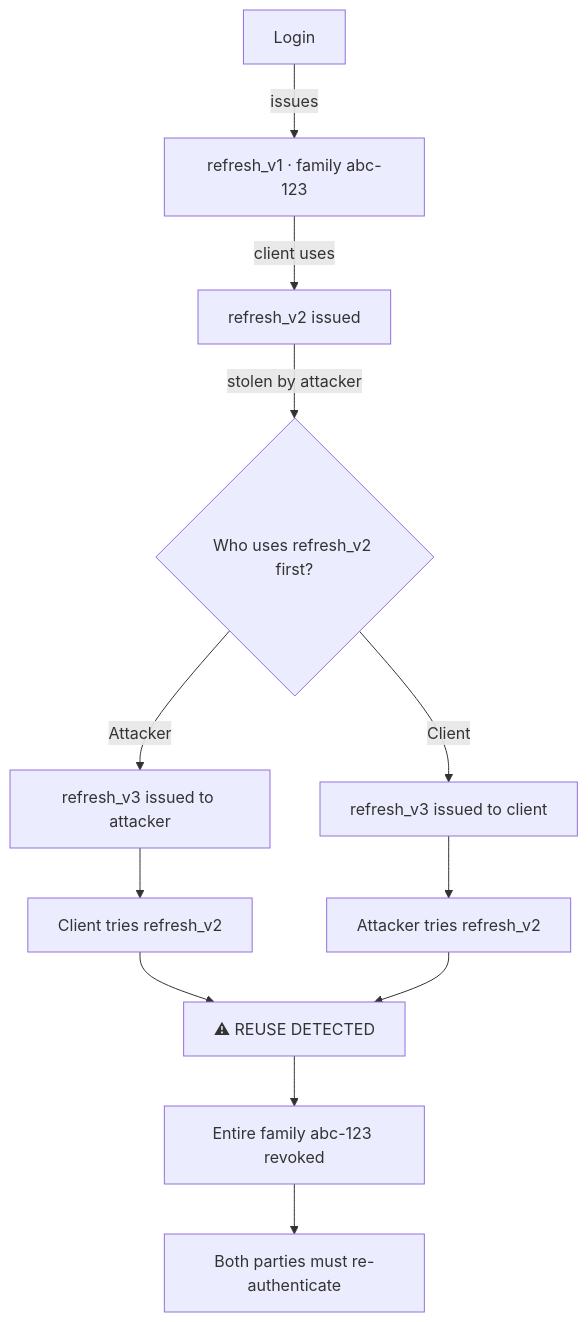
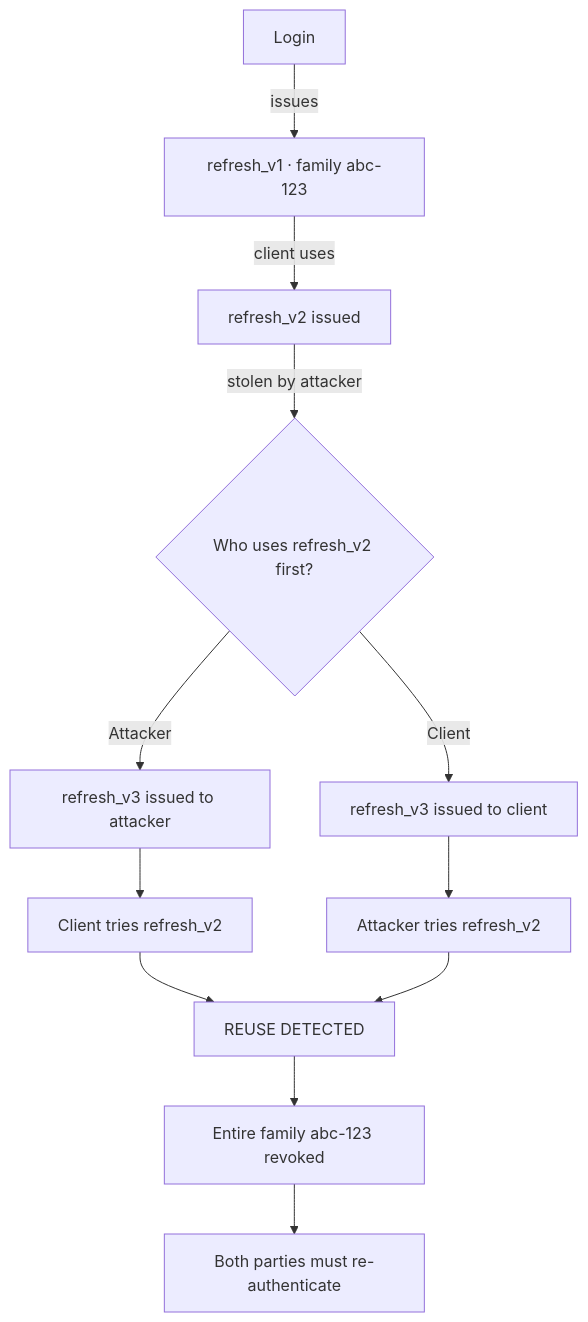
One commit to Dawgomatic/Xagent changed the diagram in skills/skills/lordshashank/devlog/examples/technical.md. Above: the diagram before and after it, drawn with Mermaid. The commit also changed 18009 other files, not shown here.

````diff
--- a/skills/skills/lordshashank/devlog/examples/technical.md
+++ b/skills/skills/lordshashank/devlog/examples/technical.md
@@ -49,14 +49,14 @@
 ```mermaid
 flowchart TD
     A[Login] -->|issues| B[refresh_v1 · family abc-123]
     B -->|client uses| C[refresh_v2 issued]
     C -->|stolen by attacker| D{Who uses refresh_v2 first?}
     D -->|Attacker| E[refresh_v3 issued to attacker]
     D -->|Client| F[refresh_v3 issued to client]
     E --> G[Client tries refresh_v2]
     F --> H[Attacker tries refresh_v2]
-    G --> I[⚠ REUSE DETECTED]
+    G --> I[ REUSE DETECTED]
     H --> I
     I --> J[Entire family abc-123 revoked]
     J --> K[Both parties must re-authenticate]
 ```
````
